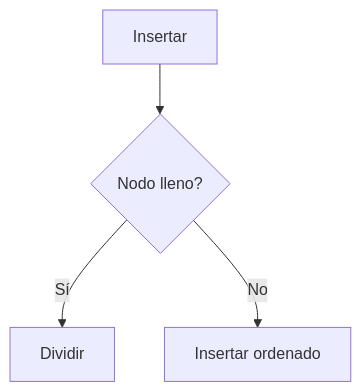
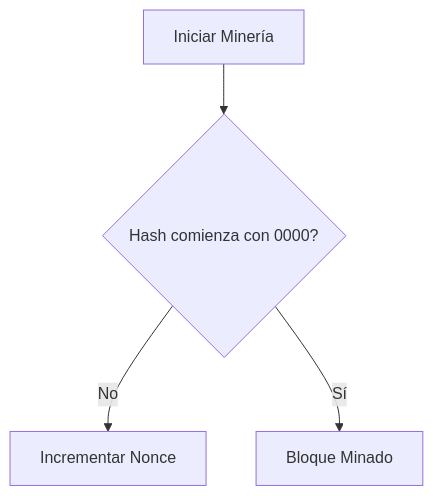
One commit to marcosbondel/EDD_1S2025_202202410 changed the second of 7 diagrams in Phase3/docs/dev_manual.md. Above: the diagram before and after it, drawn with Mermaid. The commit also changed other lines of this file, not shown here.

````diff
--- a/Phase3/docs/dev_manual.md
+++ b/Phase3/docs/dev_manual.md
@@ -88,6 +61,6 @@
 ```mermaid
 graph TB
-    A[Insertar] --> B{Nodo lleno?}
-    B -->|Sí| C[Dividir]
-    B -->|No| D[Insertar ordenado]
+    A[Iniciar Minería] --> B{Hash comienza con 0000?}
+    B -->|No| C[Incrementar Nonce]
+    B -->|Sí| D[Bloque Minado]
 ```
````
